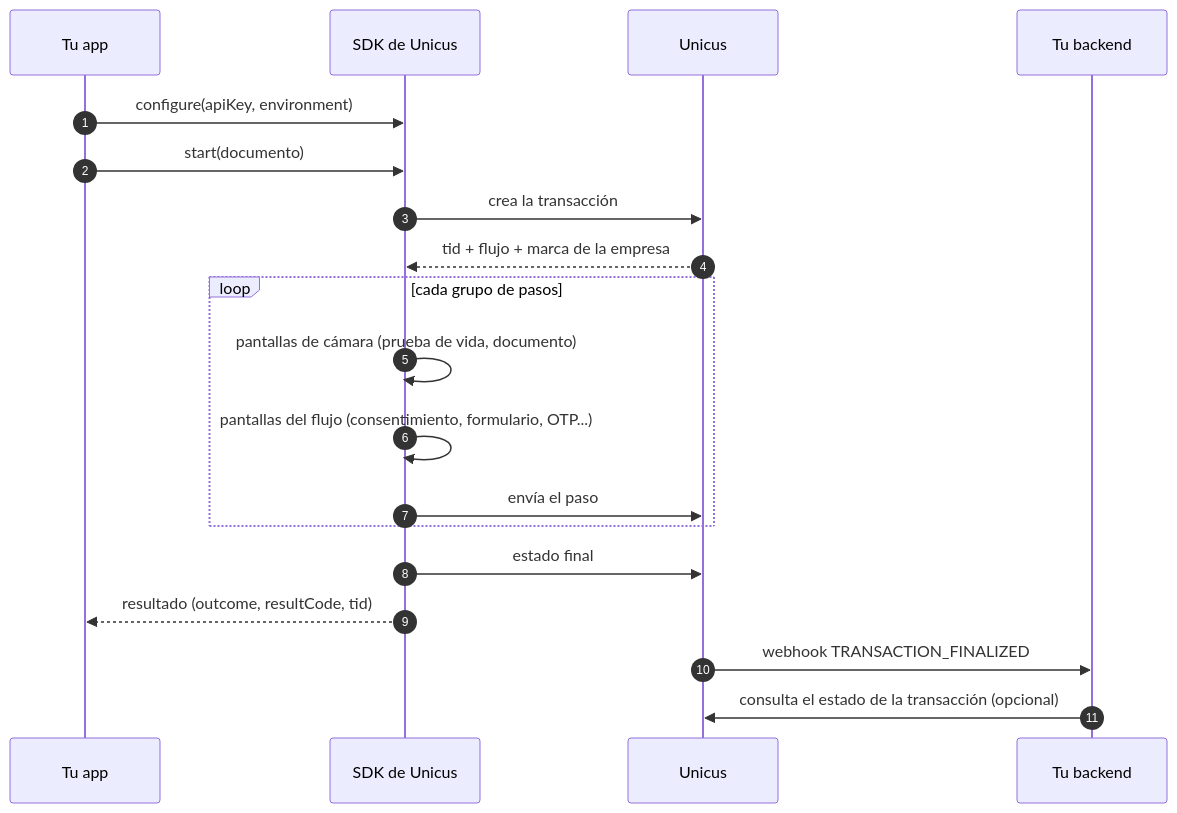
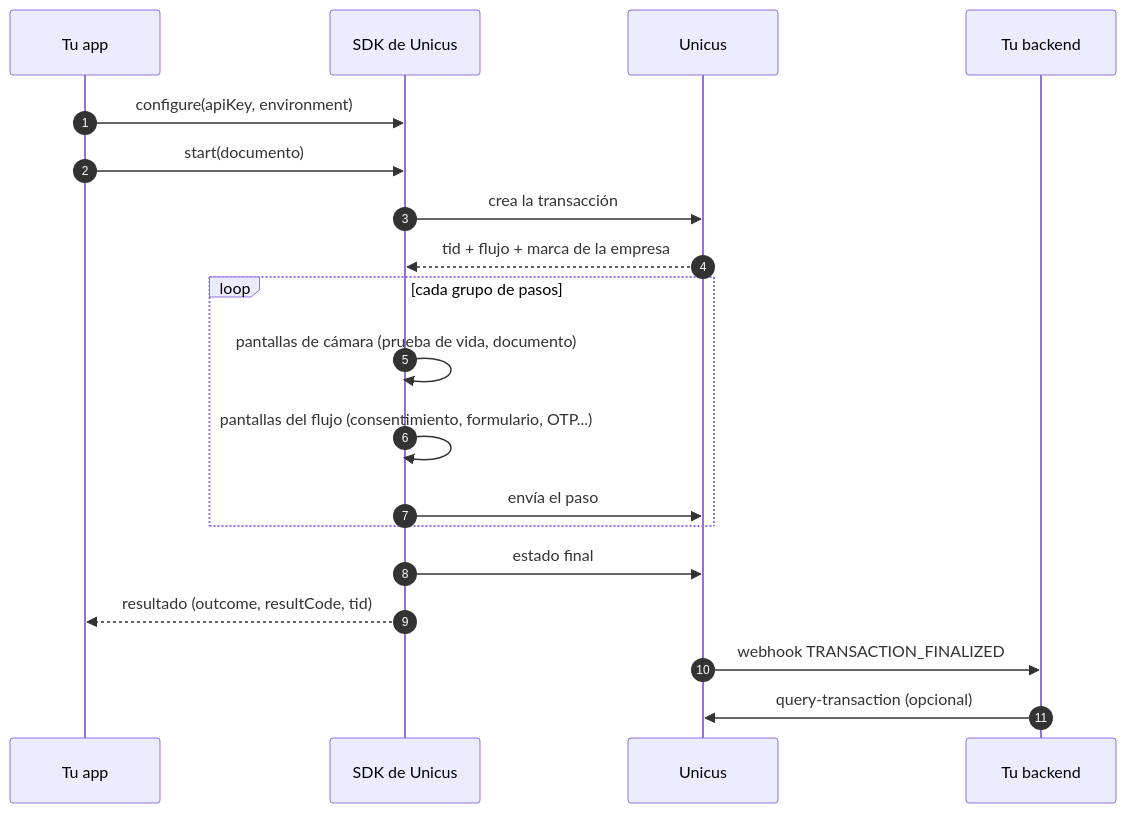
Before and after one commit to tekbees/unicus-docs: the diagram in unicus-es/mobile-sdk/overview.md, drawn with Mermaid. The commit also changed other lines of this file and 15 other files, not shown here.

````diff
--- a/unicus-es/mobile-sdk/overview.md
+++ b/unicus-es/mobile-sdk/overview.md
@@ -28,21 +28,21 @@
 ```mermaid
 sequenceDiagram
   autonumber
   participant A as Tu app
   participant K as SDK de Unicus
   participant U as Unicus
   participant S as Tu backend
   A->>K: configure(apiKey, environment)
   A->>K: start(documento)
   K->>U: crea la transacción
   U-->>K: tid + flujo + marca de la empresa
   loop cada grupo de pasos
     K->>K: pantallas de cámara (prueba de vida, documento)
     K->>K: pantallas del flujo (consentimiento, formulario, OTP...)
     K->>U: envía el paso
   end
   K->>U: estado final
   K-->>A: resultado (outcome, resultCode, tid)
   U->>S: webhook TRANSACTION_FINALIZED
-  S->>U: consulta el estado de la transacción (opcional)
+  S->>U: query-transaction (opcional)
 ```
````
